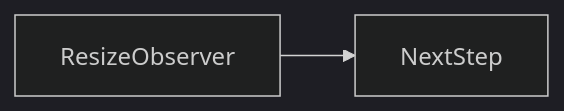
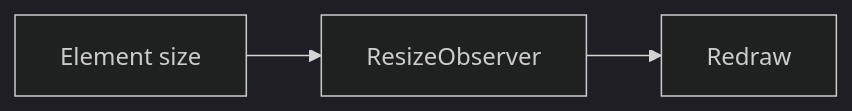
The second of 2 diagrams in docs/en/09-browser-apis/resize-observer/index.md (OmidJavaherii/Frontend-Engineering-Handbook), drawn with Mermaid (dark theme) before and after one commit. The commit also changed other lines of this file and 461 other files, not shown here.

````diff
--- a/docs/en/09-browser-apis/resize-observer/index.md
+++ b/docs/en/09-browser-apis/resize-observer/index.md
@@ -94,4 +111,5 @@
 ```mermaid
 flowchart LR
-  concept[ResizeObserver] --> nextStep[NextStep]
+  El[Element size] --> RO[ResizeObserver]
+  RO --> Chart[Redraw]
 ```
````
